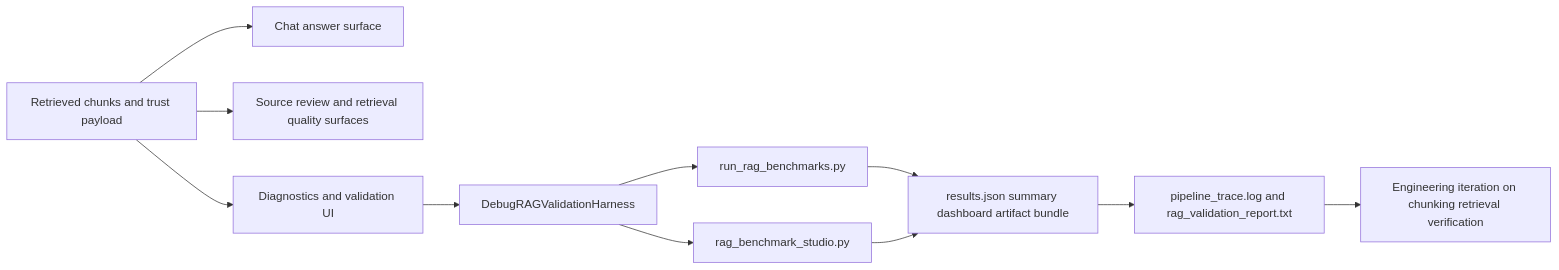
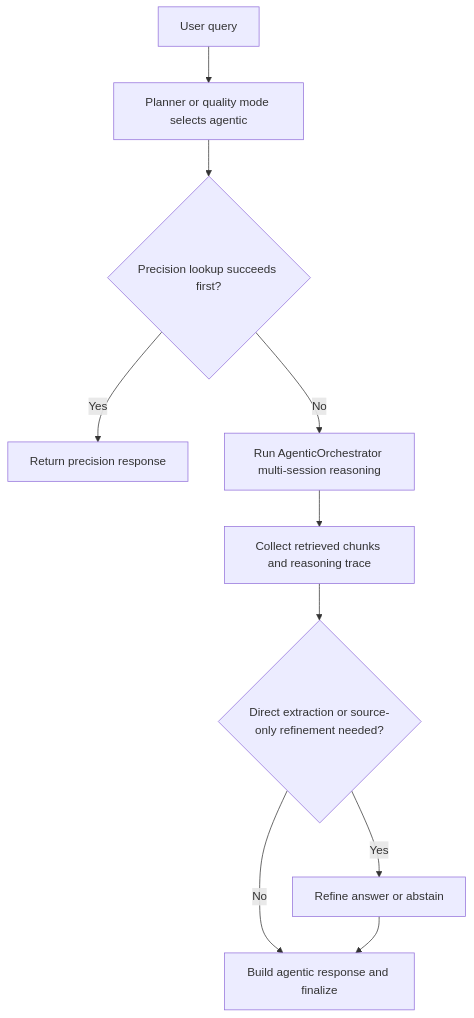
The fourth of 5 diagrams in README.md (Gunnarguy/OpenIntelligence), drawn with Mermaid before and after one commit. The commit also changed other lines of this file, not shown here.

First line of the commit message:
Simplifies README with clearer RAG overview

````diff
--- a/README.md
+++ b/README.md
@@ -177,13 +204,12 @@
 ```mermaid
-flowchart LR
-  A[Retrieved chunks and trust payload] --> B[Chat answer surface]
-  A --> C[Source review and retrieval quality surfaces]
-  A --> D[Diagnostics and validation UI]
-  D --> E[DebugRAGValidationHarness]
-  E --> F[run_rag_benchmarks.py]
-  E --> G[rag_benchmark_studio.py]
-  F --> H[results.json summary dashboard artifact bundle]
-  G --> H
-  H --> I[pipeline_trace.log and rag_validation_report.txt]
-  I --> J[Engineering iteration on chunking retrieval verification]
+flowchart TD
+   A[User query] --> B[Planner or quality mode selects agentic]
+   B --> C{Precision lookup succeeds first?}
+   C -- Yes --> D[Return precision response]
+   C -- No --> E[Run AgenticOrchestrator multi-session reasoning]
+   E --> F[Collect retrieved chunks and reasoning trace]
+   F --> G{Direct extraction or source-only refinement needed?}
+   G -- Yes --> H[Refine answer or abstain]
+   G -- No --> I[Build agentic response and finalize]
+   H --> I
 ```
````
